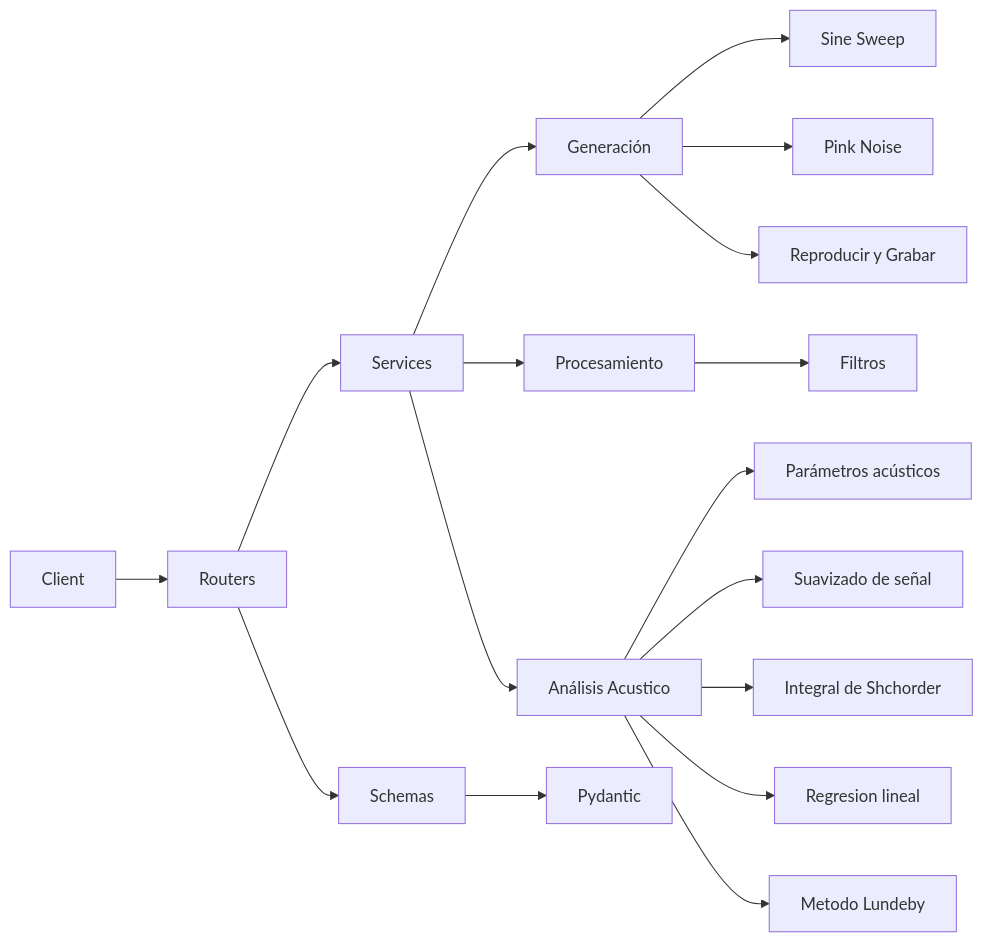
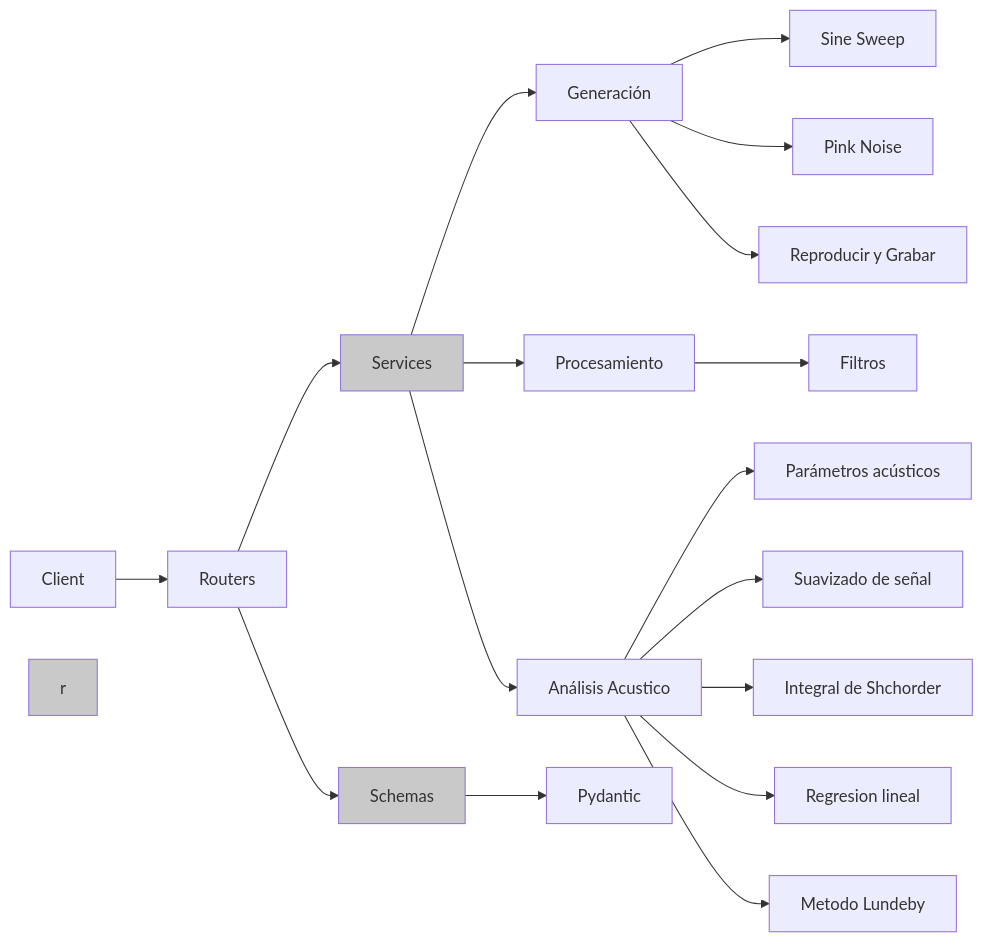
Before and after one commit to valentinadepiero/trabajo-practico-ss: the diagram in README.md, drawn with Mermaid.

Commit message:
Revise README with project information and setup
Updated README.md to include project details, installation instructions, and milestones.

````diff
--- a/README.md
+++ b/README.md
@@ -60,19 +60,23 @@
 ```mermaid
 graph LR
 Client --> R[Routers]
 R --> S[Services]
 S --> Gen[Generación]
 Gen --> SS[Sine Sweep]
 Gen --> PN[Pink Noise]
 Gen --> Rec[Reproducir y Grabar]
 S --> Proc[Procesamiento]
 Proc --> F[Filtros]
 S --> An[Análisis Acustico]
 An --> Par[Parámetros acústicos]
 An -->Sua[Suavizado de señal]
 An -->InS[Integral de Shchorder]
 An -->Reg[Regresion lineal]
 An -->Mlun[Metodo Lundeby]
 R --> Sch[Schemas]
-Sch -->Pydantic 
+Sch -->Pydantic
+
+style S fill: #c9c9c9
+style Sch fill: #c9c9c9
+style r fill: #c9c9c9
 ```
````
